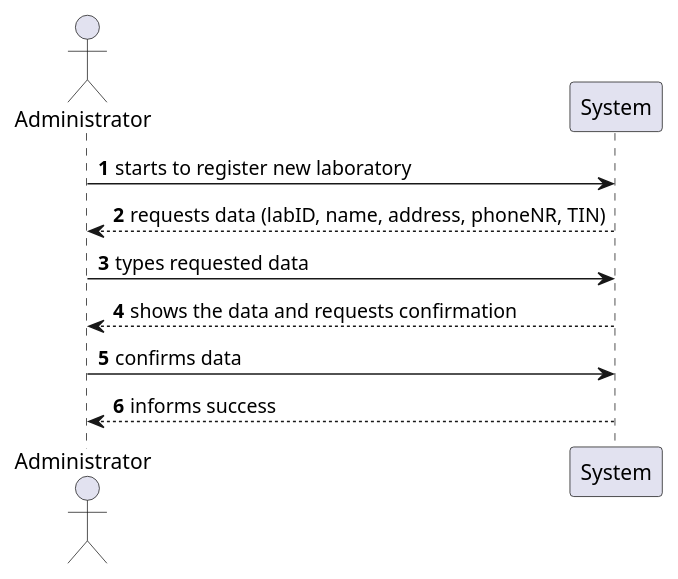
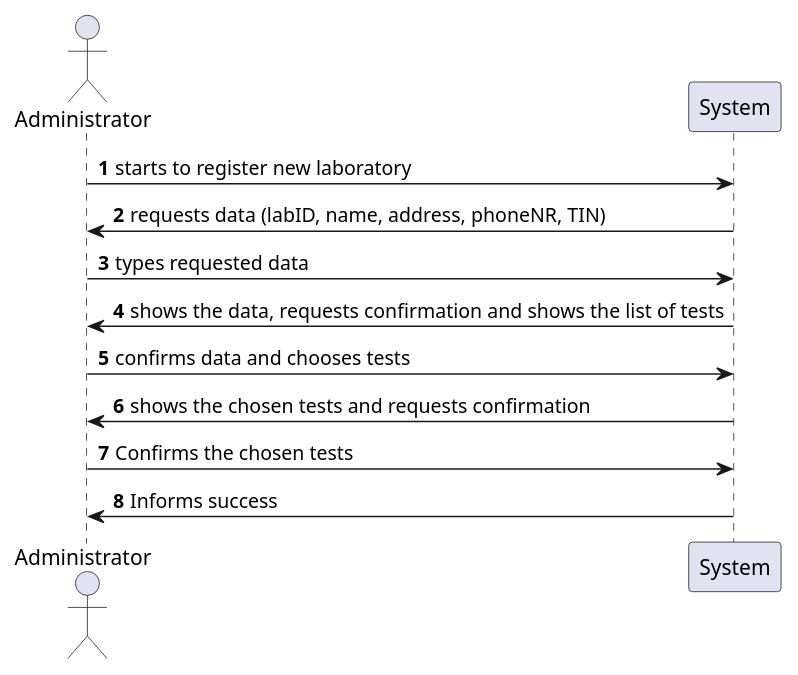
Before and after one commit to jsmarques98/LAPR2-ISEP: the diagram in docs/SprintB/US8/US8_SSD.puml, drawn with PlantUML. The commit also changed 3 other files, not shown here.

```diff
--- a/docs/SprintB/US8/US8_SSD.puml
+++ b/docs/SprintB/US8/US8_SSD.puml
@@ -1,16 +1,19 @@
 @startuml
 'https://plantuml.com/sequence-diagram
 
 autonumber
 
 actor  "Administrator" as Admin
 
 Admin -> System: starts to register new laboratory
-System --> Admin: requests data (labID, name, address, phoneNR, TIN)
+System -> Admin: requests data (labID, name, address, phoneNR, TIN)
 
 Admin -> System: types requested data
-System --> Admin: shows the data and requests confirmation
+System -> Admin: shows the data, requests confirmation and shows the list of tests
 
-Admin -> System: confirms data
-System --> Admin: informs success
+Admin -> System: confirms data and chooses tests
+System -> Admin: shows the chosen tests and requests confirmation
+
+Admin -> System: Confirms the chosen tests
+System -> Admin: Informs success
 @enduml
```
